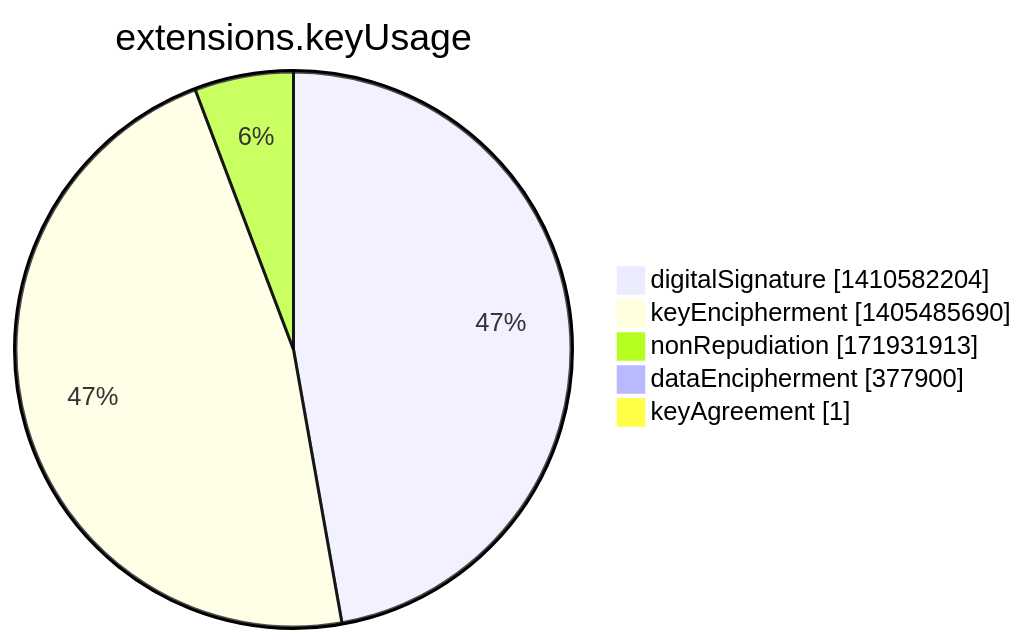
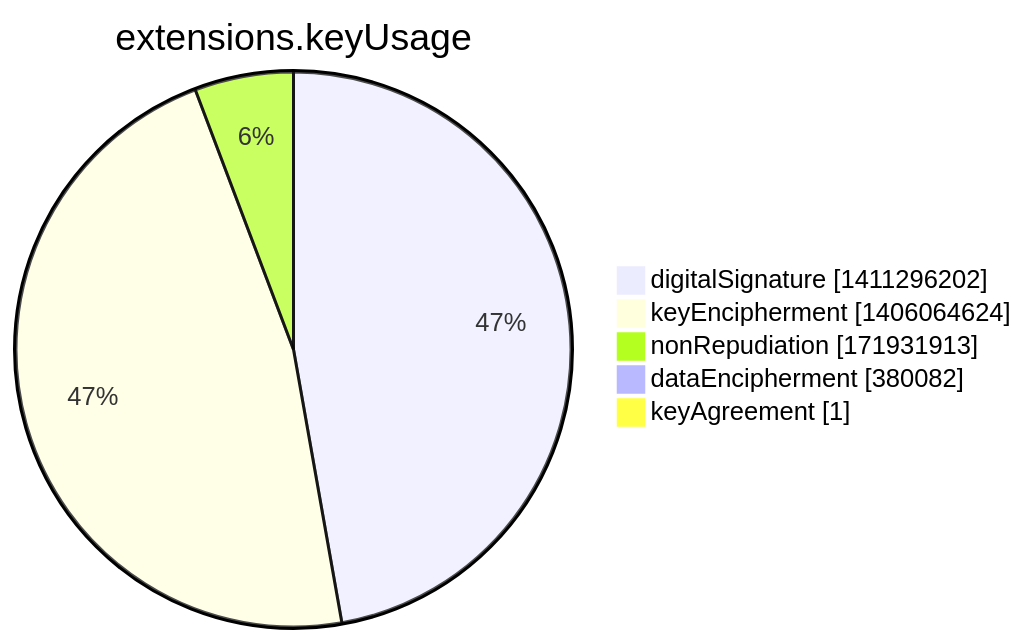
The seventh of 15 diagrams in argon2022/README.md (christiankrug/ctmonitor_visualization), drawn with Mermaid before and after one commit. The commit also changed other lines of this file, not shown here.

````diff
--- a/argon2022/README.md
+++ b/argon2022/README.md
@@ -2751,9 +2751,9 @@
 ```mermaid
 pie showData
 title extensions.keyUsage
-"digitalSignature" :1410582204
-"keyEncipherment" :1405485690
+"digitalSignature" :1411296202
+"keyEncipherment" :1406064624
 "nonRepudiation" :171931913
-"dataEncipherment" :377900
+"dataEncipherment" :380082
 "keyAgreement" :1
 ```
````
